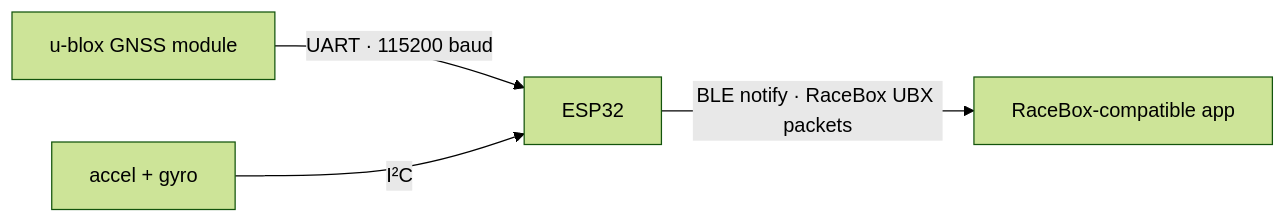
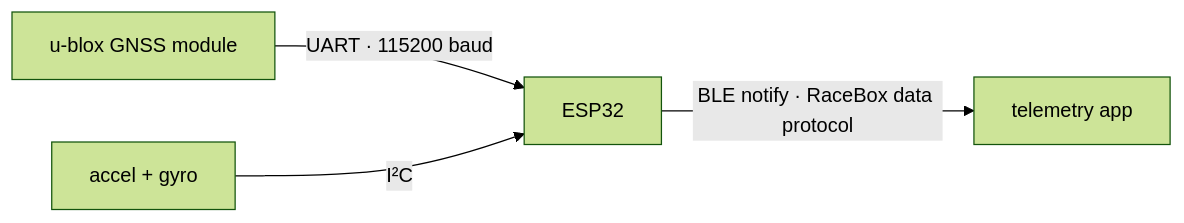
Before and after one commit to c20d-us/Gnimu: the diagram in docs/build-esp32.md, drawn with Mermaid (forest theme). The commit also changed other lines of this file and 13 other files, not shown here.

````diff
--- a/docs/build-esp32.md
+++ b/docs/build-esp32.md
@@ -20,6 +20,6 @@
 ```mermaid
 flowchart LR
     GNSS["u-blox GNSS module"] -- "UART · 115200 baud" --> ESP32["ESP32"]
     IMU["accel + gyro"] -- "I²C" --> ESP32
-    ESP32 -- "BLE notify · RaceBox UBX packets" --> App["RaceBox-compatible app"]
+    ESP32 -- "BLE notify · RaceBox data protocol" --> App["telemetry app"]
 ```
````
